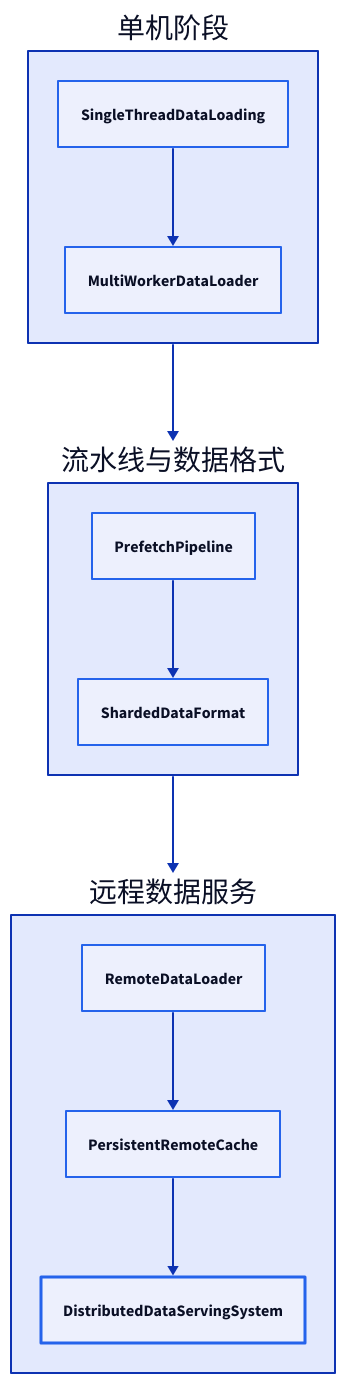
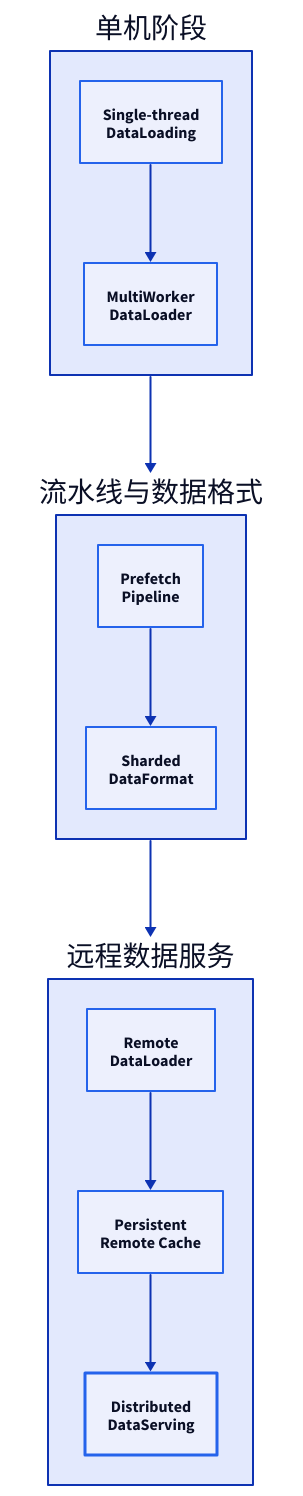
Before and after one commit to 111qqz/111qqz.github.io: the diagram in images/dataloader-to-remote-dataloader/evolution-stages.d2, drawn with D2. The commit also changed 71 other files, not shown here.

Commit message:
feat(diagrams): 处理 40-60% 中危配图，拆分 Overcommit 长链路并统一纵向/分阶段标准 111qqz/hugo-blog@6840c12ec7ae768c5e458013c75df5e0ce0c43e6

```diff
--- a/images/dataloader-to-remote-dataloader/evolution-stages.d2
+++ b/images/dataloader-to-remote-dataloader/evolution-stages.d2
@@ -1,29 +1,29 @@
 direction: down
 
 stage1: 单机阶段 {
   direction: right
-  SingleThreadDataLoading: { style.stroke: "#2563eb" }
-  MultiWorkerDataLoader: { style.stroke: "#2563eb" }
+  SingleThreadDataLoading: "Single-thread\nDataLoading" { style.stroke: "#2563eb" }
+  MultiWorkerDataLoader: "MultiWorker\nDataLoader" { style.stroke: "#2563eb" }
   SingleThreadDataLoading -> MultiWorkerDataLoader
 }
 
 stage2: 流水线与数据格式 {
   direction: right
-  PrefetchPipeline: { style.stroke: "#2563eb" }
-  ShardedDataFormat: { style.stroke: "#2563eb" }
+  PrefetchPipeline: "Prefetch\nPipeline" { style.stroke: "#2563eb" }
+  ShardedDataFormat: "Sharded\nDataFormat" { style.stroke: "#2563eb" }
   PrefetchPipeline -> ShardedDataFormat
 }
 
 stage3: 远程数据服务 {
   direction: right
-  RemoteDataLoader: { style.stroke: "#2563eb" }
-  PersistentRemoteCache: { style.stroke: "#2563eb" }
-  DistributedDataServingSystem: {
+  RemoteDataLoader: "Remote\nDataLoader" { style.stroke: "#2563eb" }
+  PersistentRemoteCache: "Persistent\nRemote Cache" { style.stroke: "#2563eb" }
+  DistributedDataServingSystem: "Distributed\nDataServing" {
     style.stroke: "#2563eb"
     style.bold: true
     style.stroke-width: 3
   }
   RemoteDataLoader -> PersistentRemoteCache -> DistributedDataServingSystem
 }
 
 stage1 -> stage2 -> stage3
```
